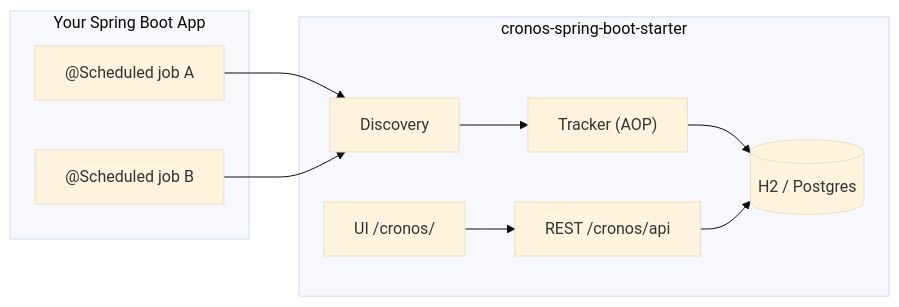
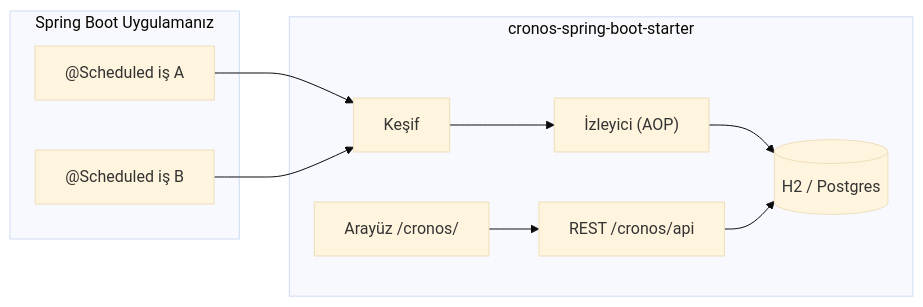
The diagram in README.md (ibrahimbayramli/cronos), drawn with Mermaid (base theme) before and after one commit. The commit also changed other lines of this file, not shown here.

````diff
--- a/README.md
+++ b/README.md
@@ -45,22 +46,22 @@
 ```mermaid
 flowchart LR
-    subgraph YourApp["Your Spring Boot App"]
-        J1["@Scheduled job A"]
-        J2["@Scheduled job B"]
+    subgraph YourApp["Spring Boot Uygulamanız"]
+        J1["@Scheduled iş A"]
+        J2["@Scheduled iş B"]
     end
 
     subgraph Cronos["cronos-spring-boot-starter"]
-        D["Discovery"]
-        T["Tracker (AOP)"]
+        D["Keşif"]
+        T["İzleyici (AOP)"]
         API["REST /cronos/api"]
-        UI["UI /cronos/"]
+        UI["Arayüz /cronos/"]
         DB[("H2 / Postgres")]
     end
 
     J1 --> D
     J2 --> D
     D --> T
     T --> DB
     API --> DB
     UI --> API
 ```
````
